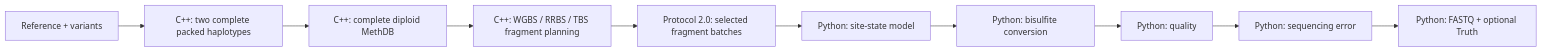
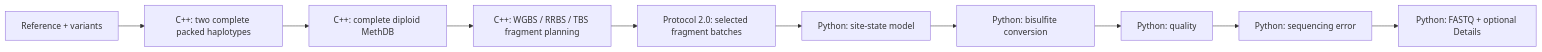
The diagram in docs/protocol.md (wbvguo/BSReadSim), drawn with Mermaid before and after one commit. The commit also changed other lines of this file and 185 other files, not shown here.

````diff
--- a/docs/protocol.md
+++ b/docs/protocol.md
@@ -46,12 +46,12 @@
 ```mermaid
 flowchart LR
     R["Reference + variants"] --> H["C++: two complete packed haplotypes"]
     H --> D["C++: complete diploid MethDB"]
     D --> P["C++: WGBS / RRBS / TBS fragment planning"]
     P --> B["Protocol 2.0: selected fragment batches"]
     B --> S["Python: site-state model"]
     S --> C["Python: bisulfite conversion"]
     C --> Q["Python: quality"]
     Q --> E["Python: sequencing error"]
-    E --> O["Python: FASTQ + optional Truth"]
+    E --> O["Python: FASTQ + optional Details"]
 ```
````
